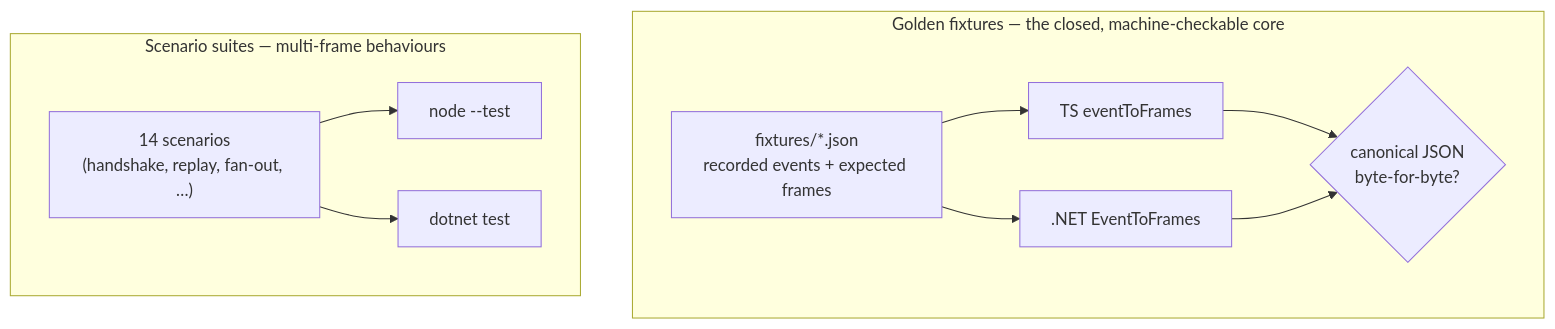
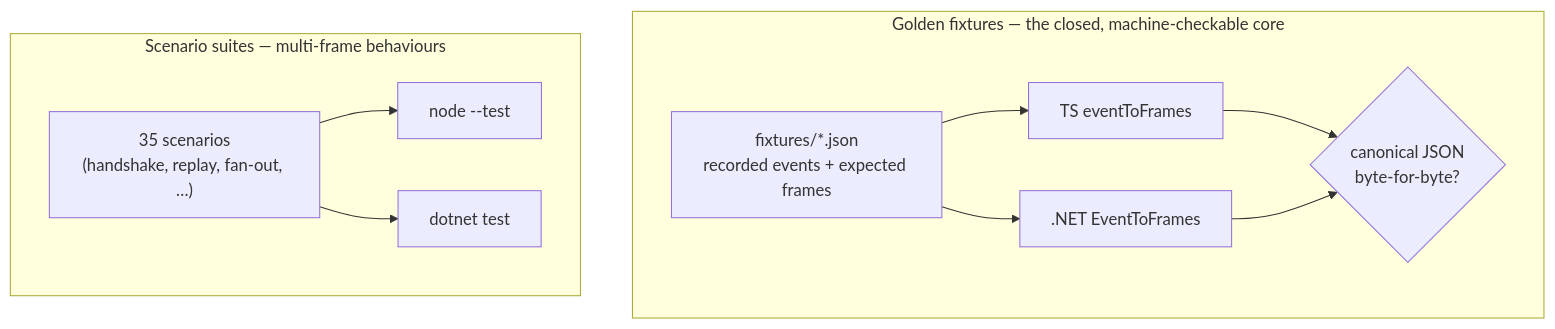
One commit to AimTune/mekik changed the diagram in website/docs/parity/conformance.md. Above: the diagram before and after it, drawn with Mermaid. The commit also changed other lines of this file and 6 other files, not shown here.

````diff
--- a/website/docs/parity/conformance.md
+++ b/website/docs/parity/conformance.md
@@ -13,15 +13,15 @@
 ```mermaid
 flowchart TD
   subgraph closed["Golden fixtures — the closed, machine-checkable core"]
     F["fixtures/*.json<br/>recorded events + expected frames"]
     F --> TS["TS eventToFrames"]
     F --> NET[".NET EventToFrames"]
     TS --> Cmp{canonical JSON<br/>byte-for-byte?}
     NET --> Cmp
   end
   subgraph open["Scenario suites — multi-frame behaviours"]
-    S["14 scenarios<br/>(handshake, replay, fan-out, …)"]
+    S["35 scenarios<br/>(handshake, replay, fan-out, …)"]
     S --> TSt["node --test"]
     S --> NETt["dotnet test"]
   end
 ```
````
